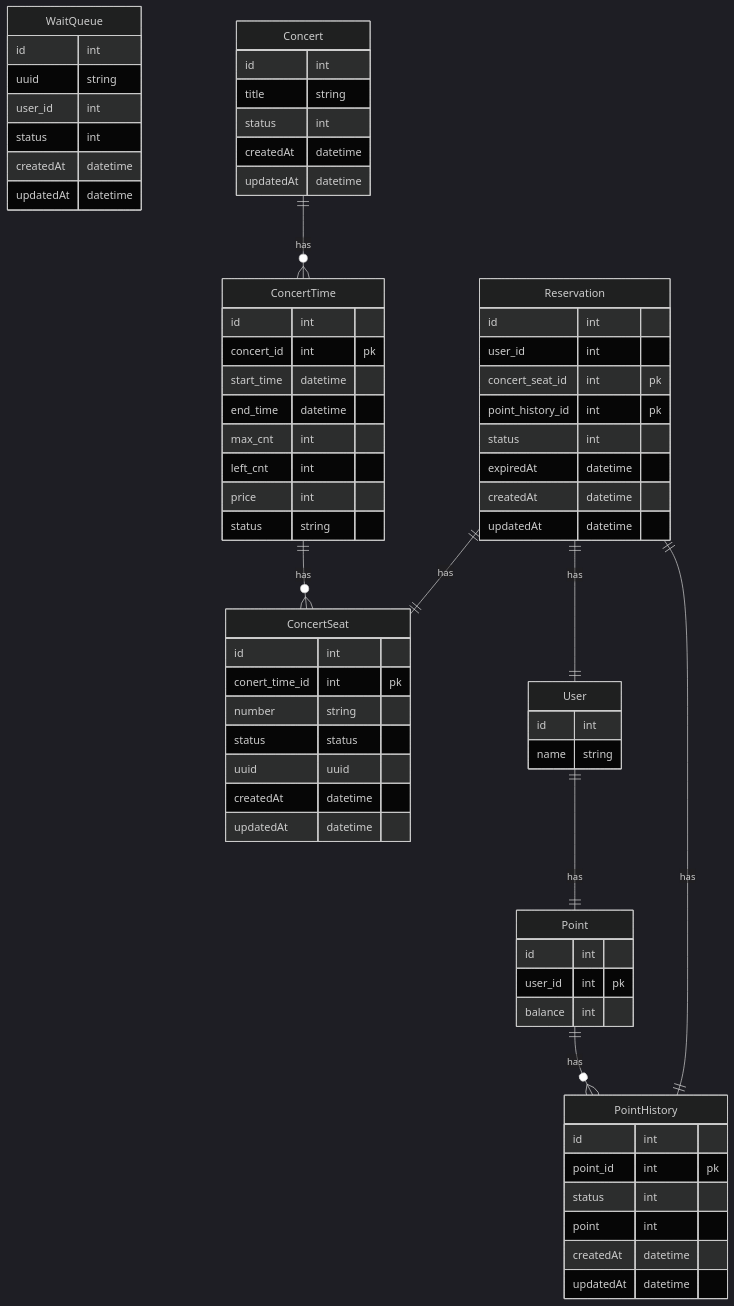
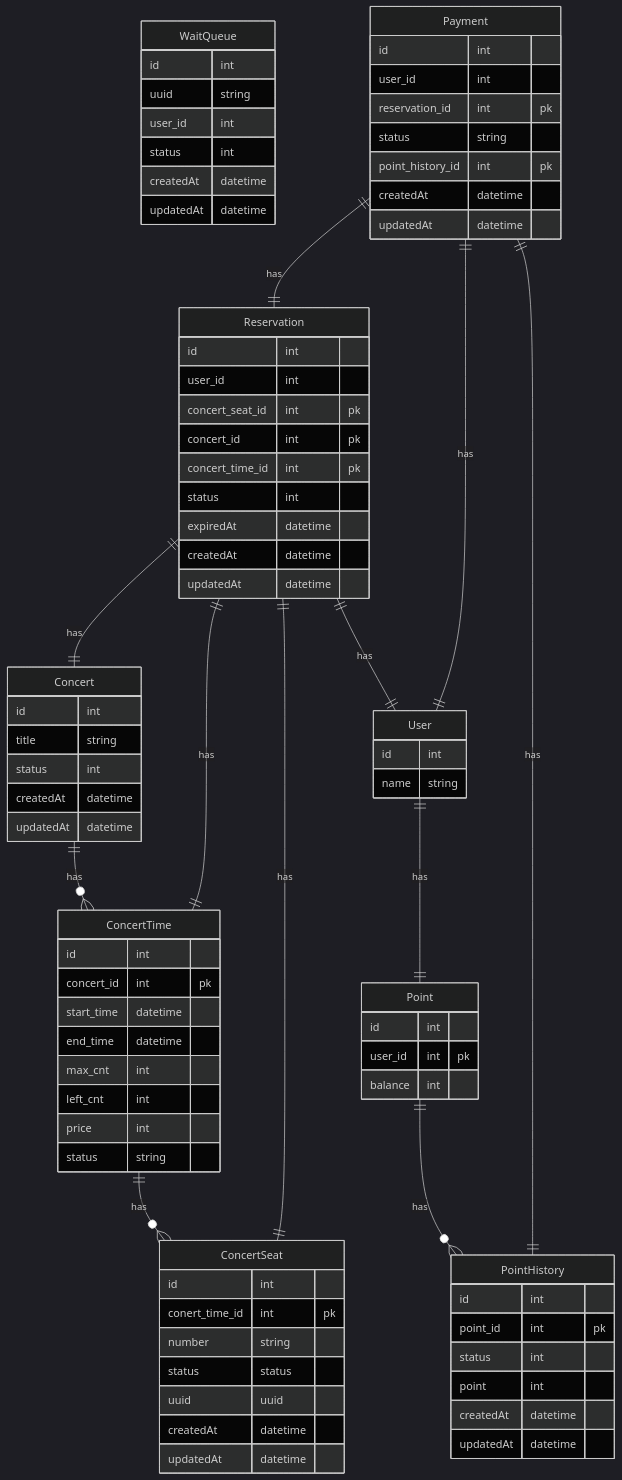
The diagram in docs/ERD.md (CureLatte/hhplus-concert-server-java), drawn with Mermaid (dark theme) before and after one commit. The commit also changed 1 other file, not shown here.

Commit message:
[FEAT] ERD 수정

```diff
--- a/docs/ERD.md
+++ b/docs/ERD.md
@@ -73,16 +73,38 @@
         id int 
         user_id int
         concert_seat_id int pk
-        point_history_id int pk
+        concert_id int pk
+        concert_time_id int pk
         status int
         expiredAt datetime
         createdAt datetime 
         updatedAt datetime 
         
     }
-    Reservation ||--|| PointHistory: has
-    Reservation ||--|| User: has
+    
+    Reservation || -- || Concert: has
+    Reservation ||--|| ConcertTime: has
+    Reservation ||--|| User: has    
     Reservation ||--|| ConcertSeat: has
+    
+    
+    Payment {
+        id int
+        user_id int
+        reservation_id int pk
+        status string
+        point_history_id int pk
+        createdAt datetime
+        updatedAt datetime
+        
+    }
+    
+    Payment ||--|| Reservation: has
+    Payment ||--|| PointHistory: has
+    Payment ||--|| User: has
+    
+    
+    
     
     
     
```
